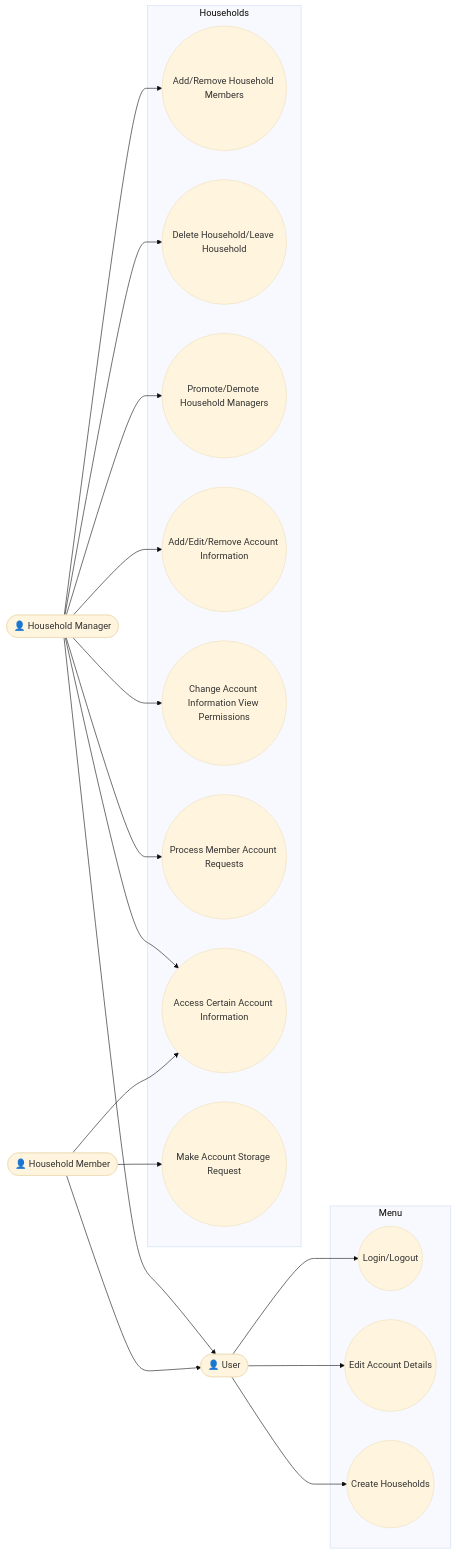
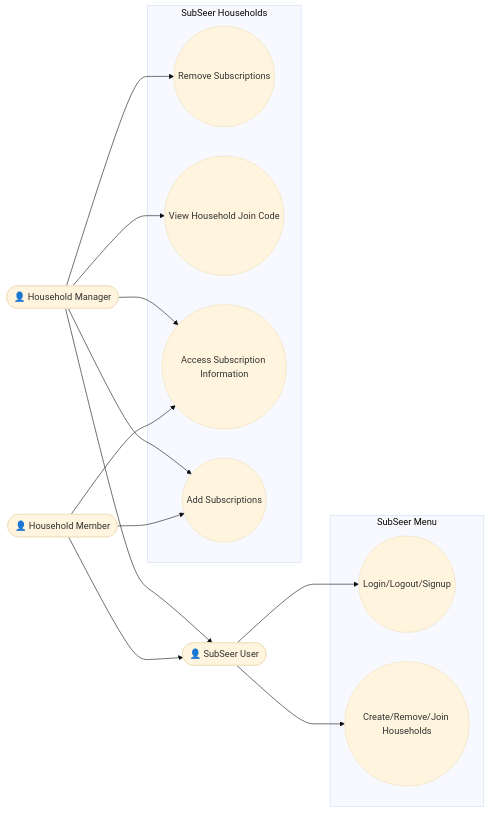
Before and after one commit to VenkatCSClasses/project-2-group1: the diagram in diagrams/use_case.mmd, drawn with Mermaid (base theme). The commit also changed 1 other file, not shown here.

Commit message:
added updated usecase diagram

```diff
--- a/diagrams/use_case.mmd
+++ b/diagrams/use_case.mmd
@@ -1,53 +1,40 @@
 graph LR
-  user(["👤 User"])
+  user(["👤 SubSeer User"])
   manager(["👤 Household Manager"])
   member(["👤 Household Member"])
 
-  subgraph Menu
 
-    UC1((Login/Logout))
+  subgraph SubSeer Menu
 
-    UC2((Edit Account Details))
+    UC1((Login/Logout/Signup))
 
-    UC3((Create Households))
+    UC2((Create/Remove/Join Households))
 
   end
 
 
   user --> UC1
   user --> UC2
-  user --> UC3
 
   manager --> user
   member --> user
 
-  subgraph Households
+  subgraph SubSeer Households
 
-    UC4((Add/Remove Household Members))
+    UC3((Remove Subscriptions))
 
-    UC5((Delete Household/Leave Household))
+    UC4((View Household Join Code))
 
-    UC6((Promote/Demote Household Managers))
+    UC5((Access Subscription Information))
 
-    UC7((Add/Edit/Remove Account Information))
-
-    UC8((Change Account Information View Permissions))
-
-    UC9((Process Member Account Requests))
-
-    UC10((Access Certain Account Information))
-
-    UC11((Make Account Storage Request))
+    UC6((Add Subscriptions))
 
   end
 
-  manager --> UC4
-  manager --> UC5
-  manager --> UC6
-  manager --> UC7
-  manager --> UC8
-  manager --> UC9
-  manager --> UC10
+    manager --> UC3
+    manager --> UC4
+    manager --> UC5
+    manager --> UC6
 
-  member --> UC10
-  member --> UC11
+    member --> UC5
+    member --> UC6
```
